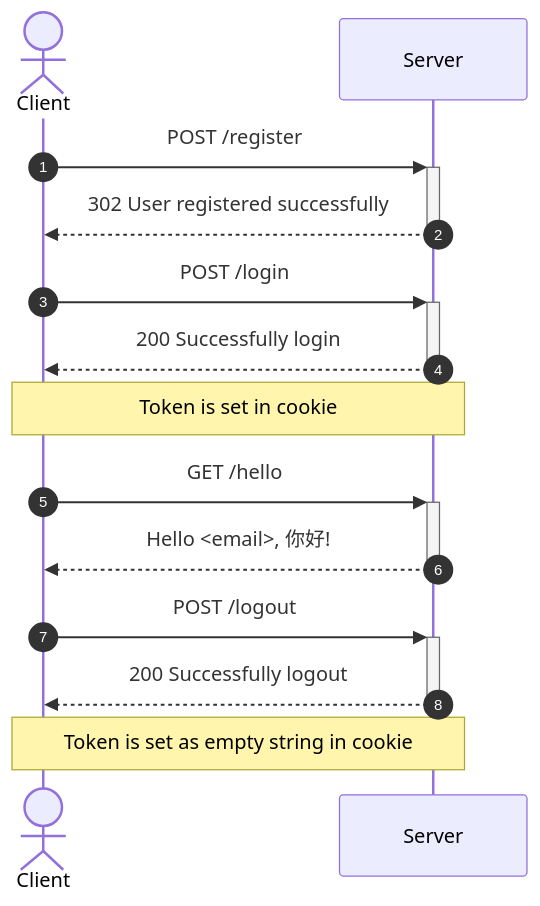
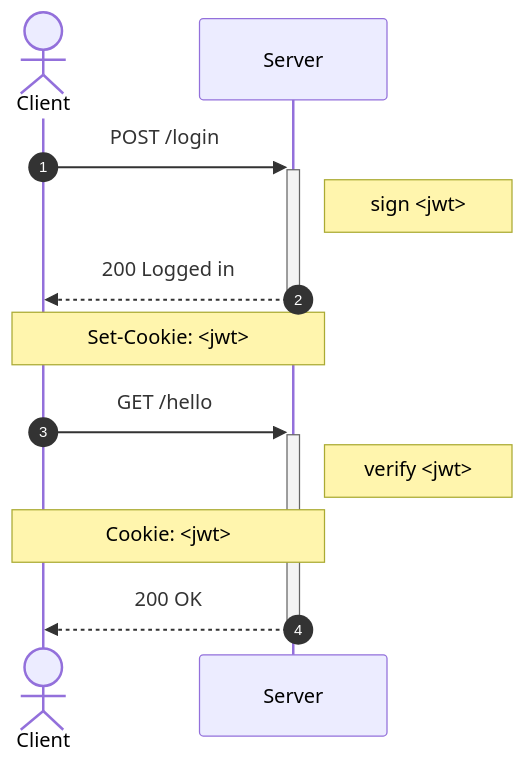
Before and after one commit to ngshiheng/worker-auth: the first of 2 diagrams in README.md, drawn with Mermaid. The commit also changed other lines of this file, not shown here.

Commit message:
docs: add sequence diagram for csrf mitigation

````diff
--- a/README.md
+++ b/README.md
@@ -25,17 +33,15 @@
 ```mermaid
 sequenceDiagram
     autonumber
     actor Client
     participant Server
 
-    Client->>+Server: POST /register
-    Server-->>-Client: 302 User registered successfully
     Client->>+Server: POST /login
-    Server-->>-Client: 200 Successfully login
-    Note over Client,Server: Token is set in cookie
+    Note right of Server: sign <jwt>
+    Server-->>-Client: 200 Logged in
+    Note over Server,Client: Set-Cookie: <jwt>
     Client->>+Server: GET /hello
-    Server-->>-Client: Hello <email>, 你好!
-    Client->>+Server: POST /logout
-    Server-->>-Client: 200 Successfully logout
-    Note over Client,Server: Token is set as empty string in cookie
+    Note right of Server: verify <jwt>
+    Note over Client,Server: Cookie: <jwt>
+    Server-->>-Client: 200 OK
 ```
````
